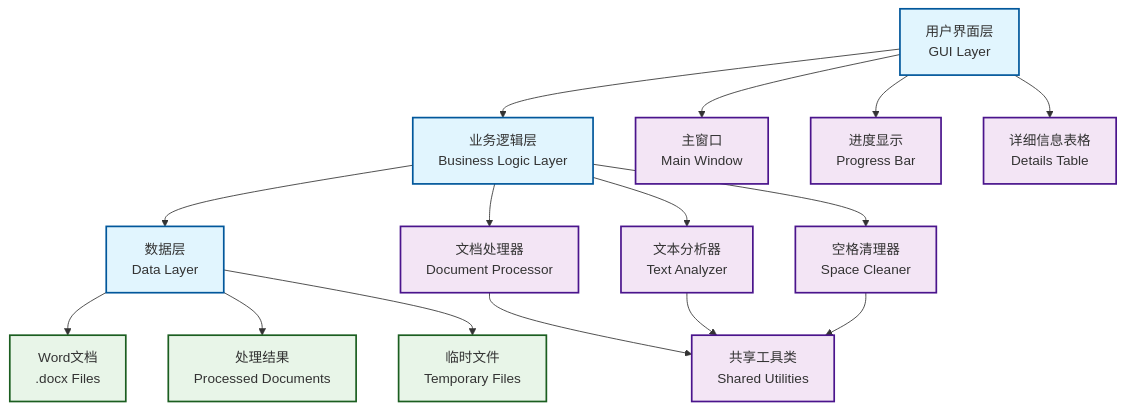
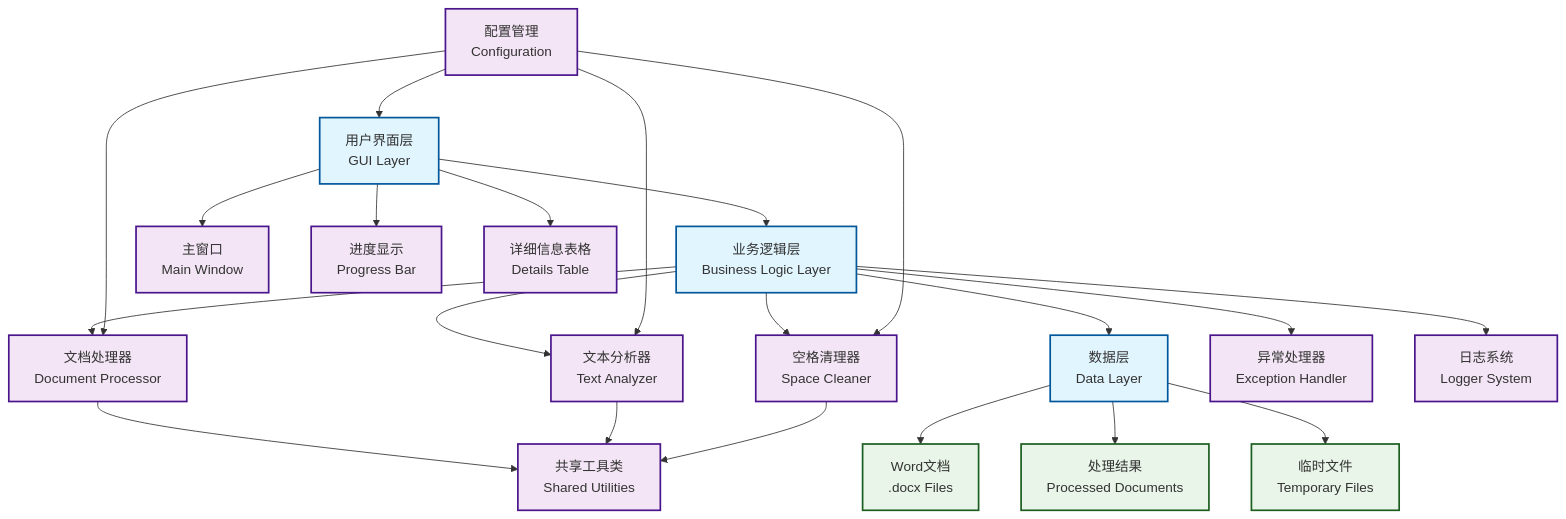
The diagram in README.md (huminglong/remove_spaces), drawn with Mermaid before and after one commit. The commit also changed other lines of this file, not shown here.

````diff
--- a/README.md
+++ b/README.md
@@ -613,57 +393,36 @@
 ```mermaid
-
 graph TD
-
     GUI[用户界面层<br/>GUI Layer] --> Logic[业务逻辑层<br/>Business Logic Layer]
-
     Logic --> Data[数据层<br/>Data Layer]
 
-
-
     GUI --> MainWindow[主窗口<br/>Main Window]
-
     GUI --> ProgressBar[进度显示<br/>Progress Bar]
-
     GUI --> DetailsTable[详细信息表格<br/>Details Table]
 
-
-
     Logic --> DocProcessor[文档处理器<br/>Document Processor]
-
     Logic --> TextAnalyzer[文本分析器<br/>Text Analyzer]
-
     Logic --> SpaceCleaner[空格清理器<br/>Space Cleaner]
-
-
+    Logic --> ExceptionHandler[异常处理器<br/>Exception Handler]
+    Logic --> Logger[日志系统<br/>Logger System]
 
     DocProcessor --> SharedUtils[共享工具类<br/>Shared Utilities]
-
     TextAnalyzer --> SharedUtils
-
     SpaceCleaner --> SharedUtils
 
-
+    Config[配置管理<br/>Configuration] --> DocProcessor
+    Config --> TextAnalyzer
+    Config --> SpaceCleaner
+    Config --> GUI
 
     Data --> WordDoc[Word文档<br/>.docx Files]
-
     Data --> ProcessedDoc[处理结果<br/>Processed Documents]
-
     Data --> TempFiles[临时文件<br/>Temporary Files]
 
-
-
     classDef layerClass fill:#e1f5fe,stroke:#01579b,stroke-width:2px
-
     classDef componentClass fill:#f3e5f5,stroke:#4a148c,stroke-width:2px
-
     classDef dataClass fill:#e8f5e8,stroke:#1b5e20,stroke-width:2px
 
-
-
     class GUI,Logic,Data layerClass
-
-    class MainWindow,ProgressBar,DetailsTable,DocProcessor,TextAnalyzer,SpaceCleaner,SharedUtils componentClass
-
+    class MainWindow,ProgressBar,DetailsTable,DocProcessor,TextAnalyzer,SpaceCleaner,ExceptionHandler,Logger,SharedUtils,Config componentClass
     class WordDoc,ProcessedDoc,TempFiles dataClass
-
 ```
````
